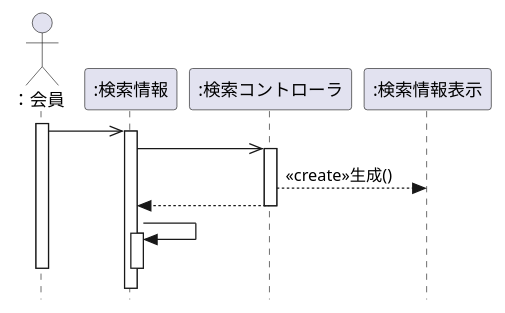
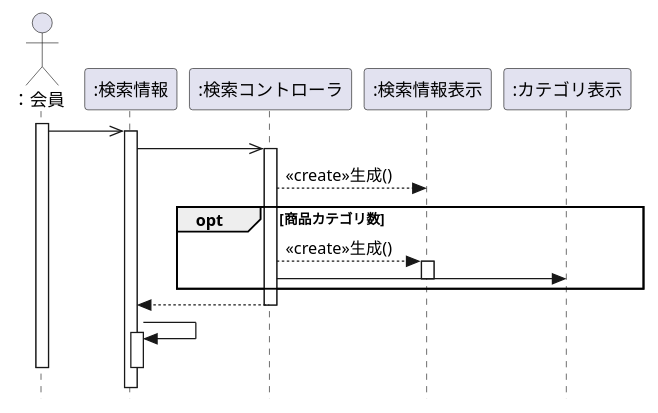
The diagram in 演習４/演習4-5_SD_商品情報検索.pu (hitokin/uml_introduction), drawn with PlantUML before and after one commit.

```diff
--- a/演習４/演習4-5_SD_商品情報検索.pu
+++ b/演習４/演習4-5_SD_商品情報検索.pu
@@ -1,25 +1,33 @@
 @startuml 図4-5
  hide footbox
 skinparam style strictuml /' 厳密なUMLに準拠する'/
 Actor "：会員" as user
 participant ":検索情報" as boundary
 participant ":検索コントローラ" as control
 participant ":検索情報表示" as entity
+participant ":カテゴリ表示" as entity2
 
 activate user
   user ->> boundary 
     activate boundary
         boundary ->> control
             activate control
                 control --> entity: <<create>>生成()
+                opt 商品カテゴリ数
+                    control --> entity: <<create>>生成()
+                    activate entity
+                    control -> entity2
+                    deactivate entity
+                    
+                end alt
                 control --> boundary
             deactivate control
             boundary -> boundary
             activate boundary
     deactivate boundary
 deactivate user
 
 ' note right of seach : 非同期メッセージ
 
 
 @enduml
```
